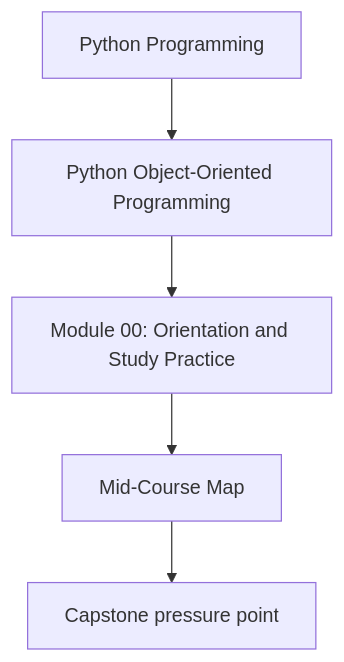
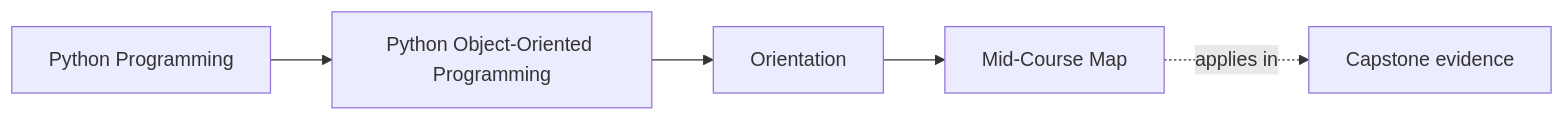
One commit to bijux/bijux-masterclass changed the first of 2 diagrams in programs/python-programming/python-object-oriented-programming/course-book/module-00-orientation/mid-course-map.md. Above: the diagram before and after it, drawn with Mermaid. The commit also changed other lines of this file and 65 other files, not shown here.

Commit message:
docs(python-object-oriented-programming): map object model and design foundations

````diff
--- a/programs/python-programming/python-object-oriented-programming/course-book/module-00-orientation/mid-course-map.md
+++ b/programs/python-programming/python-object-oriented-programming/course-book/module-00-orientation/mid-course-map.md
@@ -6,7 +6,11 @@
 ```mermaid
-flowchart TD
-  family["Python Programming"] --> program["Python Object-Oriented Programming"]
-  program --> module["Module 00: Orientation and Study Practice"]
-  module --> concept["Mid-Course Map"]
-  concept --> capstone["Capstone pressure point"]
+graph LR
+  family["Python Programming"]
+  program["Python Object-Oriented Programming"]
+  section["Orientation"]
+  page["Mid-Course Map"]
+  capstone["Capstone evidence"]
+
+  family --> program --> section --> page
+  page -.applies in.-> capstone
 ```
````
